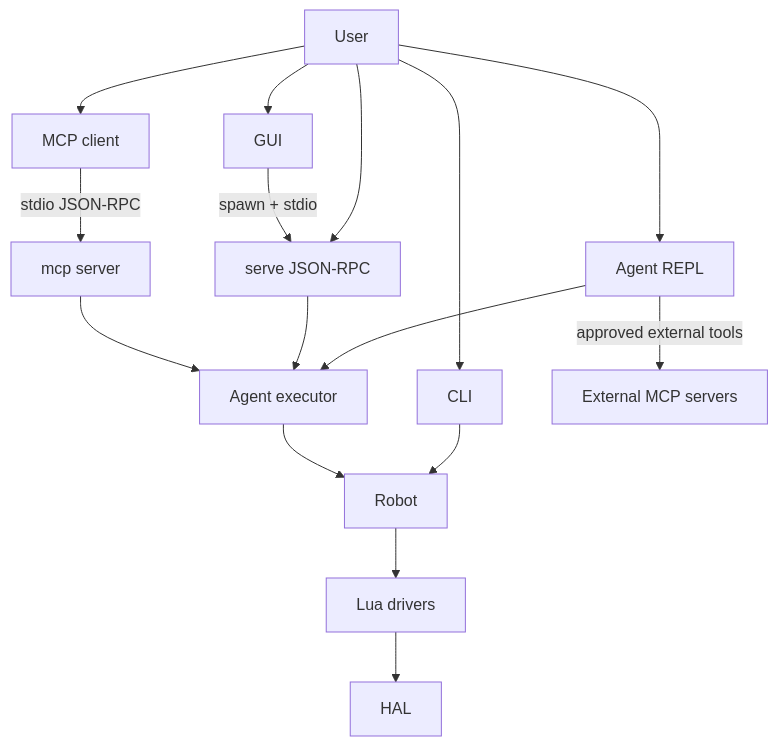
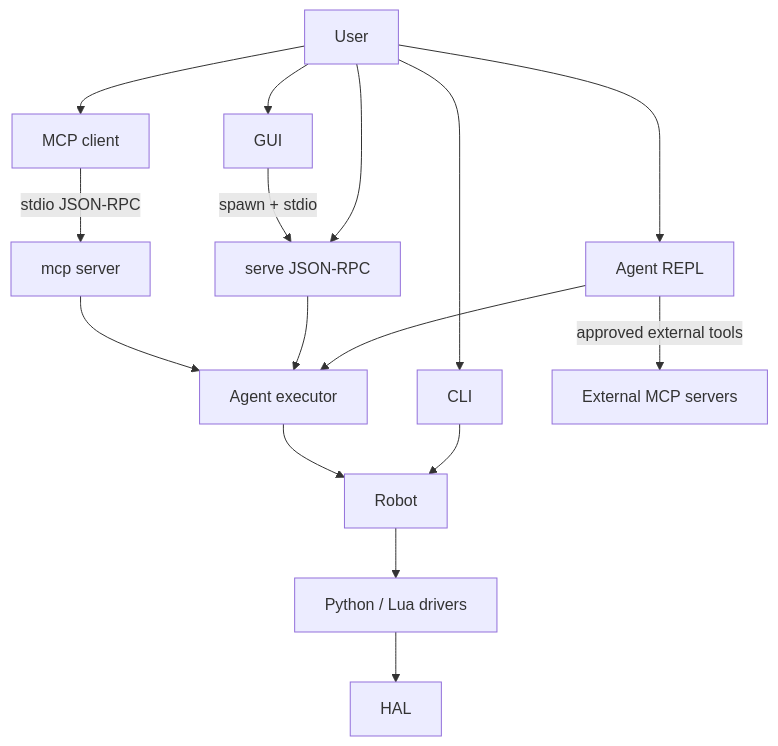
One commit to gopsc/mybot changed the third of 3 diagrams in docs/architecture.md. Above: the diagram before and after it, drawn with Mermaid. The commit also changed other lines of this file and 30 other files, not shown here.

First line of the commit message:
feat(drivers): support native Python modules from SQL

````diff
--- a/docs/architecture.md
+++ b/docs/architecture.md
@@ -99,18 +134,18 @@
 ```mermaid
 flowchart TB
     U[User] --> G[GUI]
     U --> C[CLI]
     U --> A[Agent REPL]
     U --> S[serve JSON-RPC]
     M[MCP client] -->|stdio JSON-RPC| X[mcp server]
     U --> M
     G -->|spawn + stdio| S
     C --> R[Robot]
     A --> E[Agent executor]
     S --> E
     X --> E
     E --> R
     A -->|approved external tools| N[External MCP servers]
-    R --> L[Lua drivers]
-    L --> H[HAL]
+    R --> D[Python / Lua drivers]
+    D --> H[HAL]
 ```
````
